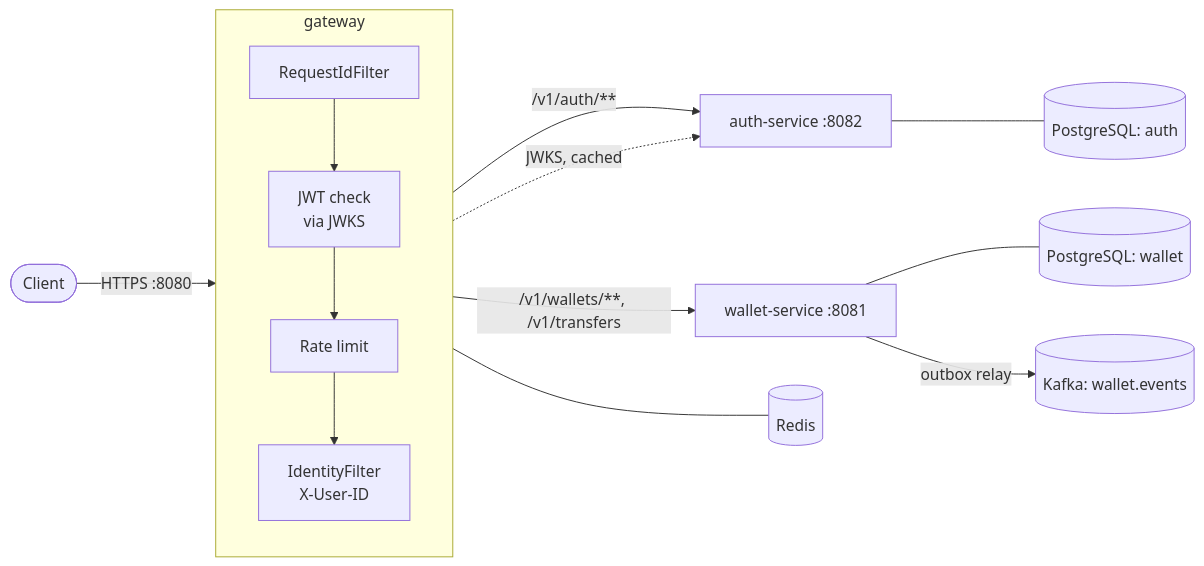
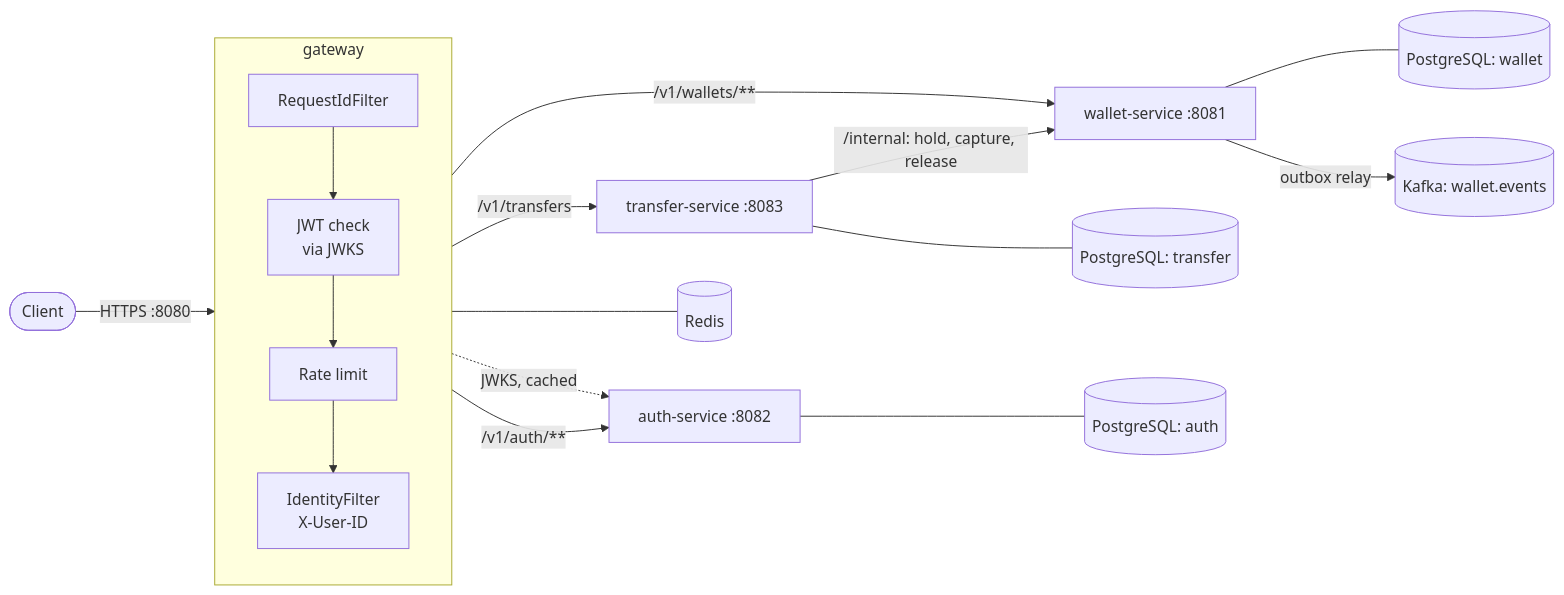
Before and after one commit to Aestheticsuraj234/payments-microservices-springboot: the first of 2 diagrams in docs/architecture.md, drawn with Mermaid. The commit also changed other lines of this file and 57 other files, not shown here.

First line of the commit message:
feat(transfer): a transfer service running transfers as sagas over wallet holds

````diff
--- a/docs/architecture.md
+++ b/docs/architecture.md
@@ -10,16 +11,19 @@
 ```mermaid
 flowchart LR
     client([Client]) -->|HTTPS :8080| gw
     subgraph gw[gateway]
         direction TB
         rid[RequestIdFilter] --> sec[JWT check<br/>via JWKS]
         sec --> rl[Rate limit] --> idf[IdentityFilter<br/>X-User-ID]
     end
     gw -->|/v1/auth/**| auth[auth-service :8082]
-    gw -->|/v1/wallets/**, /v1/transfers| wallet[wallet-service :8081]
+    gw -->|/v1/wallets/**| wallet[wallet-service :8081]
+    gw -->|/v1/transfers| transfer[transfer-service :8083]
+    transfer -->|/internal: hold, capture, release| wallet
+    transfer --- tdb[(PostgreSQL: transfer)]
     gw -. JWKS, cached .-> auth
     gw --- redis[(Redis)]
     auth --- adb[(PostgreSQL: auth)]
     wallet --- wdb[(PostgreSQL: wallet)]
     wallet -->|outbox relay| kafka[(Kafka: wallet.events)]
 ```
````
